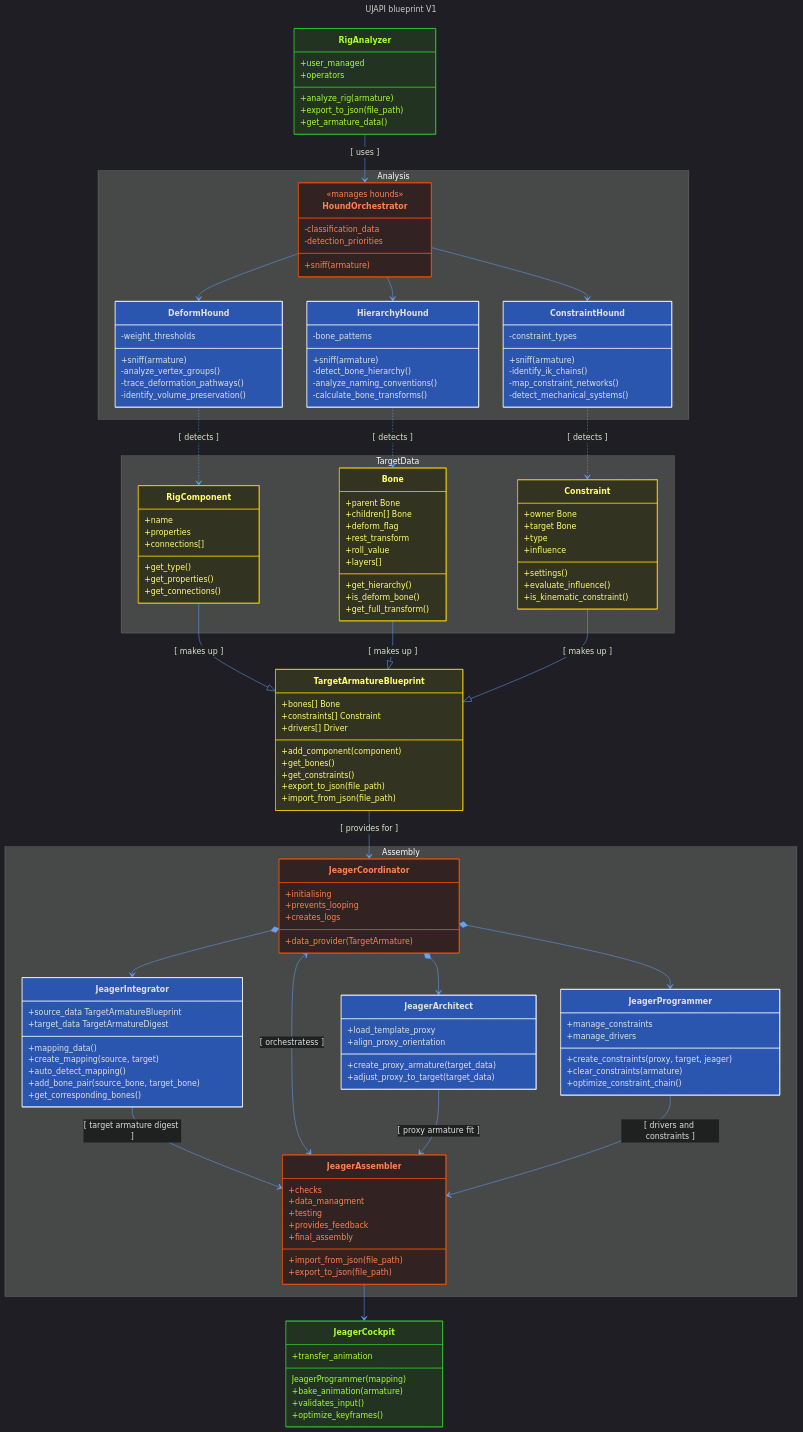
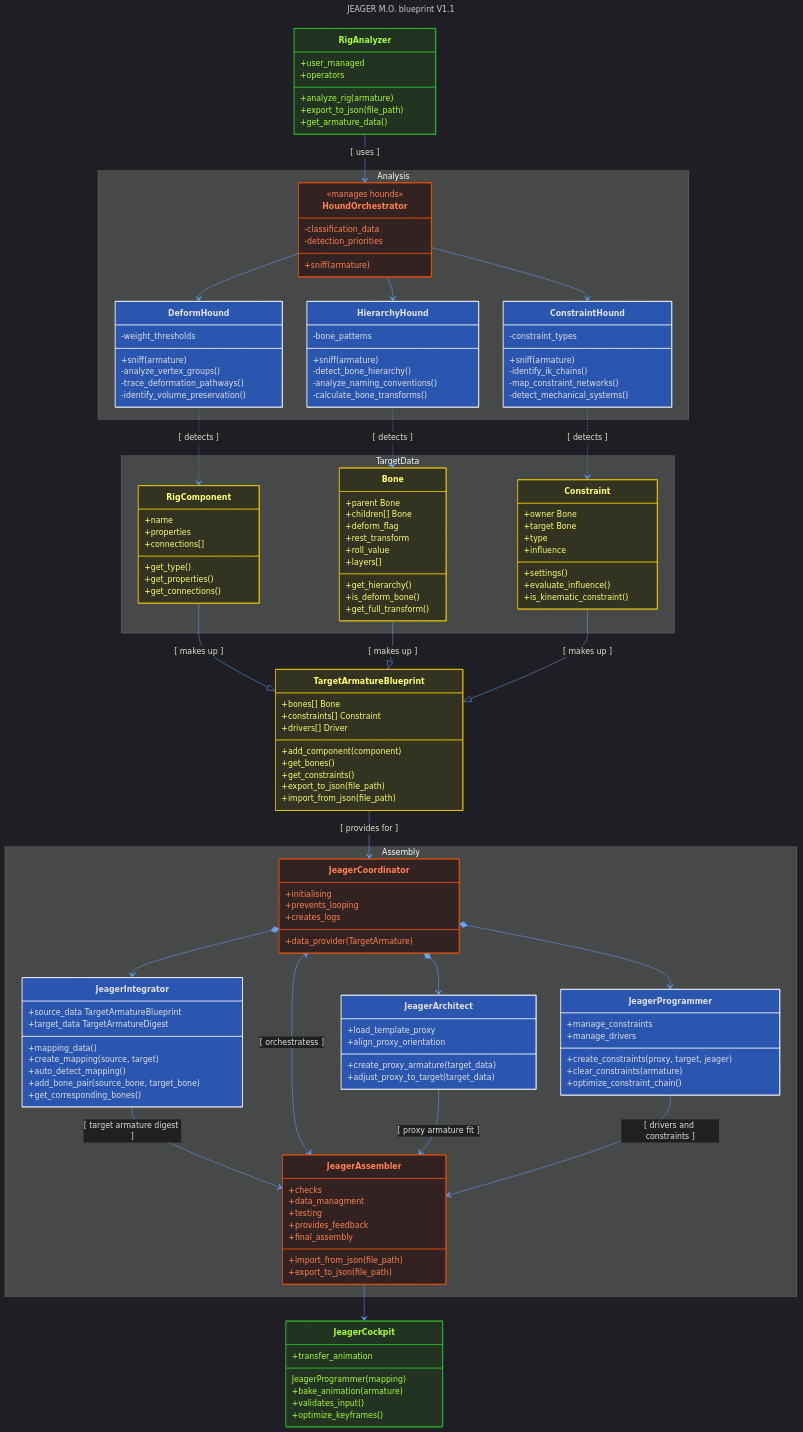
The diagram in STRUCTURE.md (Rafael-6fx/Jeager), drawn with Mermaid before and after one commit. The commit also changed other lines of this file, not shown here.

```diff
--- a/STRUCTURE.md
+++ b/STRUCTURE.md
@@ -17,7 +17,7 @@
     noteBkgColor: '#181818'
   look: classic
   layout: dagre
-title: UJAPI blueprint V1
+title: JEAGER M.O. blueprint V1.1
 ---
 classDiagram
     direction TB
```
